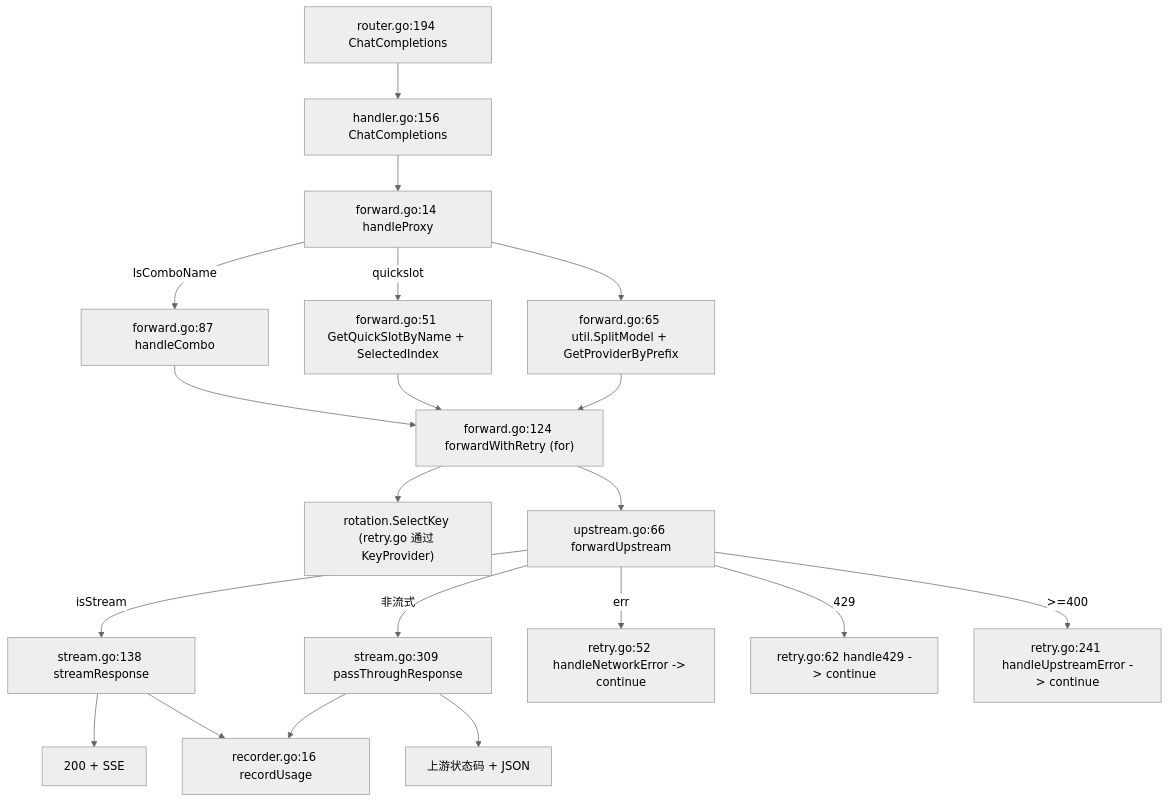
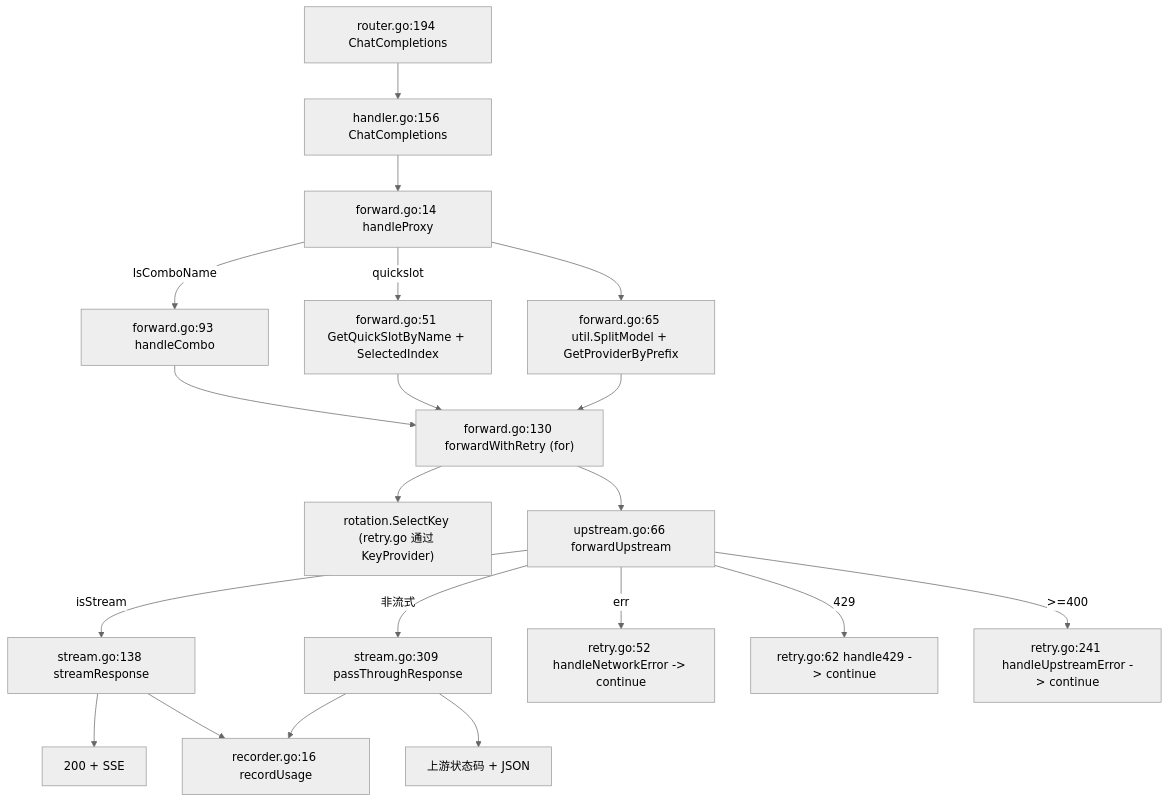
The second of 2 diagrams in docs/proxy-architecture.md (Darkstarrd-dev/tinyrouter), drawn with Mermaid (neutral theme) before and after one commit. The commit also changed other lines of this file and 23 other files, not shown here.

````diff
--- a/docs/proxy-architecture.md
+++ b/docs/proxy-architecture.md
@@ -119,22 +119,22 @@
 ```mermaid
 flowchart TD
     R["router.go:194 ChatCompletions"] --> HC["handler.go:156 ChatCompletions"]
     HC --> HP["forward.go:14 handleProxy"]
-    HP -->|"IsComboName"| HCB["forward.go:87 handleCombo"]
+    HP -->|"IsComboName"| HCB["forward.go:93 handleCombo"]
     HP -->|"quickslot"| QS["forward.go:51 GetQuickSlotByName + SelectedIndex"]
     HP --> PR["forward.go:65 util.SplitModel + GetProviderByPrefix"]
-    HCB --> FWR["forward.go:124 forwardWithRetry (for)"]
+    HCB --> FWR["forward.go:130 forwardWithRetry (for)"]
     QS --> FWR
     PR --> FWR
     FWR --> SEL["rotation.SelectKey (retry.go 通过 KeyProvider)"]
     FWR --> FU["upstream.go:66 forwardUpstream"]
     FU -->|"isStream"| SR["stream.go:138 streamResponse"]
     FU -->|"非流式"| PT["stream.go:309 passThroughResponse"]
     SR --> OK["200 + SSE"]
     PT --> OK2["上游状态码 + JSON"]
     SR --> RU["recorder.go:16 recordUsage"]
     PT --> RU
     FU -->|"err"| HNE["retry.go:52 handleNetworkError -> continue"]
     FU -->|"429"| H429["retry.go:62 handle429 -> continue"]
     FU -->|">=400"| HUE["retry.go:241 handleUpstreamError -> continue"]
 ```
````
